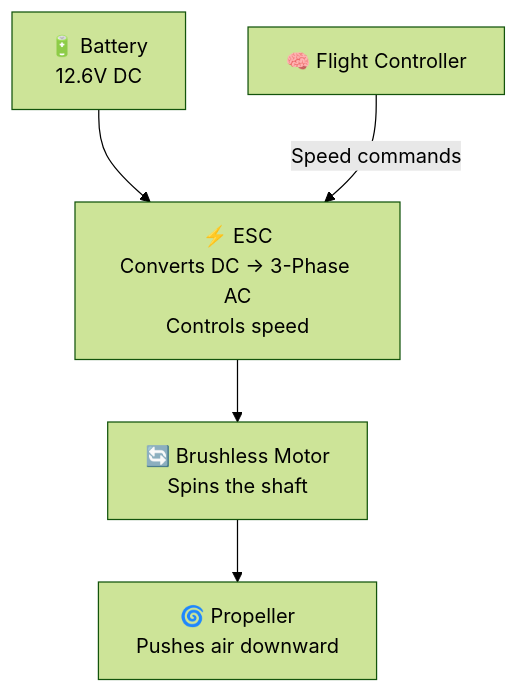
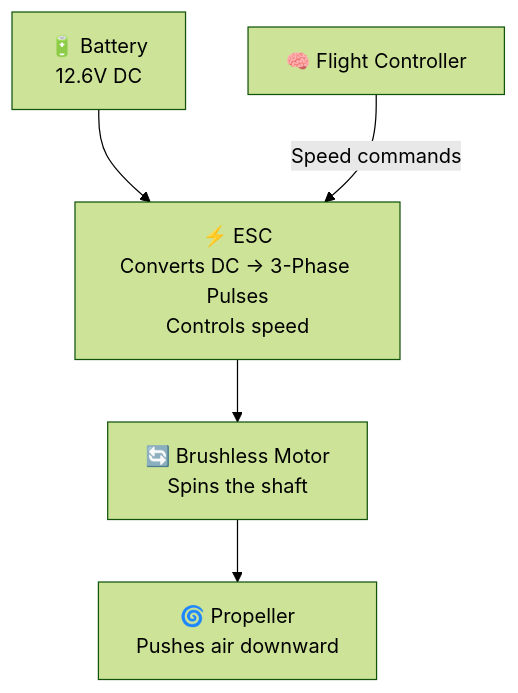
The second of 8 diagrams in docs/content/basics.md (oyegunmen/JanFlight), drawn with Mermaid (forest theme) before and after one commit. The commit also changed other lines of this file and 3 other files, not shown here.

````diff
--- a/docs/content/basics.md
+++ b/docs/content/basics.md
@@ -88,5 +101,5 @@
 ```mermaid
 flowchart TD
-    BAT["🔋 Battery\n12.6V DC"] --> ESC["⚡ ESC\nConverts DC → 3-Phase AC\nControls speed"] --> MOT["🔄 Brushless Motor\nSpins the shaft"] --> PROP["🌀 Propeller\nPushes air downward"]
+    BAT["🔋 Battery\n12.6V DC"] --> ESC["⚡ ESC\nConverts DC → 3-Phase Pulses\nControls speed"] --> MOT["🔄 Brushless Motor\nSpins the shaft"] --> PROP["🌀 Propeller\nPushes air downward"]
     FC["🧠 Flight Controller"] -->|"Speed commands"| ESC
 ```
````
